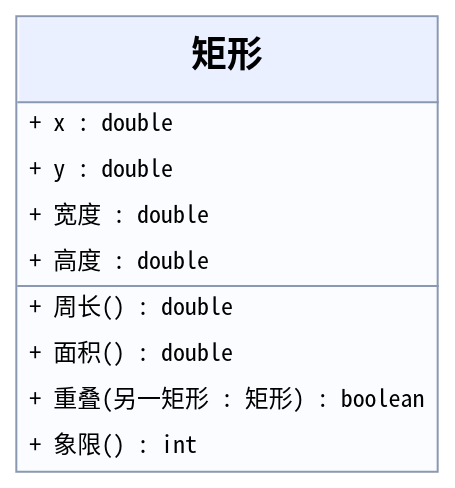
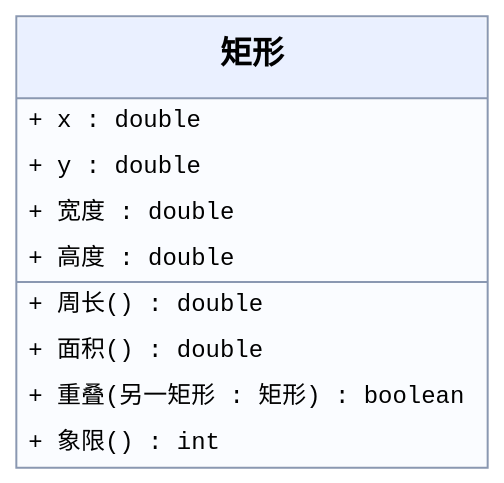
One commit to edetroll/java-oop changed the diagram in content/chapters/02-osztalyok/media/teglalap-zh.dot. Above: the diagram before and after it, drawn with Graphviz. The commit also changed 38 other files, not shown here.

```diff
--- a/content/chapters/02-osztalyok/media/teglalap-zh.dot
+++ b/content/chapters/02-osztalyok/media/teglalap-zh.dot
@@ -1,1 +1,1 @@
-digraph G { graph [bgcolor="transparent",margin=0,pad=0.03]; node [shape=plain]; cl [label=<<TABLE BORDER="1" CELLBORDER="0" CELLSPACING="0" CELLPADDING="3" COLOR="#8a98b1" BGCOLOR="#fafcff"><TR><TD BGCOLOR="#eaf0ff" CELLPADDING="11"><FONT FACE="Noto Sans CJK SC" POINT-SIZE="18"><B>矩形</B></FONT></TD></TR><HR/><TR><TD ALIGN="LEFT" BALIGN="LEFT" CELLPADDING="5"><FONT FACE="Noto Sans Mono CJK SC" POINT-SIZE="12">+ x : double</FONT></TD></TR><TR><TD ALIGN="LEFT" BALIGN="LEFT" CELLPADDING="5"><FONT FACE="Noto Sans Mono CJK SC" POINT-SIZE="12">+ y : double</FONT></TD></TR><TR><TD ALIGN="LEFT" BALIGN="LEFT" CELLPADDING="5"><FONT FACE="Noto Sans Mono CJK SC" POINT-SIZE="12">+ 宽度 : double</FONT></TD></TR><TR><TD ALIGN="LEFT" BALIGN="LEFT" CELLPADDING="5"><FONT FACE="Noto Sans Mono CJK SC" POINT-SIZE="12">+ 高度 : double</FONT></TD></TR><HR/><TR><TD ALIGN="LEFT" BALIGN="LEFT" CELLPADDING="5"><FONT FACE="Noto Sans Mono CJK SC" POINT-SIZE="12">+ 周长() : double</FONT></TD></TR><TR><TD ALIGN="LEFT" BALIGN="LEFT" CELLPADDING="5"><FONT FACE="Noto Sans Mono CJK SC" POINT-SIZE="12">+ 面积() : double</FONT></TD></TR><TR><TD ALIGN="LEFT" BALIGN="LEFT" CELLPADDING="5"><FONT FACE="Noto Sans Mono CJK SC" POINT-SIZE="12">+ 重叠(另一矩形 : 矩形) : boolean</FONT></TD></TR><TR><TD ALIGN="LEFT" BALIGN="LEFT" CELLPADDING="5"><FONT FACE="Noto Sans Mono CJK SC" POINT-SIZE="12">+ 象限() : int</FONT></TD></TR></TABLE>>]; }
+digraph G { graph [bgcolor="transparent",margin=0,pad=0.03]; node [fontname="Liberation Mono",fontsize=12,shape=plain]; cl [label=<<TABLE BORDER="1" CELLBORDER="0" CELLSPACING="0" CELLPADDING="3" COLOR="#8a98b1" BGCOLOR="#fafcff"><TR><TD BGCOLOR="#eaf0ff" CELLPADDING="11"><FONT FACE="Liberation Mono" POINT-SIZE="16"><B>矩形</B></FONT></TD></TR><HR/><TR><TD ALIGN="LEFT" BALIGN="LEFT" CELLPADDING="5"><FONT FACE="Liberation Mono" POINT-SIZE="12">+ x : double</FONT></TD></TR><TR><TD ALIGN="LEFT" BALIGN="LEFT" CELLPADDING="5"><FONT FACE="Liberation Mono" POINT-SIZE="12">+ y : double</FONT></TD></TR><TR><TD ALIGN="LEFT" BALIGN="LEFT" CELLPADDING="5"><FONT FACE="Liberation Mono" POINT-SIZE="12">+ 宽度 : double</FONT></TD></TR><TR><TD ALIGN="LEFT" BALIGN="LEFT" CELLPADDING="5"><FONT FACE="Liberation Mono" POINT-SIZE="12">+ 高度 : double</FONT></TD></TR><HR/><TR><TD ALIGN="LEFT" BALIGN="LEFT" CELLPADDING="5"><FONT FACE="Liberation Mono" POINT-SIZE="12">+ 周长() : double</FONT></TD></TR><TR><TD ALIGN="LEFT" BALIGN="LEFT" CELLPADDING="5"><FONT FACE="Liberation Mono" POINT-SIZE="12">+ 面积() : double</FONT></TD></TR><TR><TD ALIGN="LEFT" BALIGN="LEFT" CELLPADDING="5"><FONT FACE="Liberation Mono" POINT-SIZE="12">+ 重叠(另一矩形 : 矩形) : boolean</FONT></TD></TR><TR><TD ALIGN="LEFT" BALIGN="LEFT" CELLPADDING="5"><FONT FACE="Liberation Mono" POINT-SIZE="12">+ 象限() : int</FONT></TD></TR></TABLE>>]; }
```
